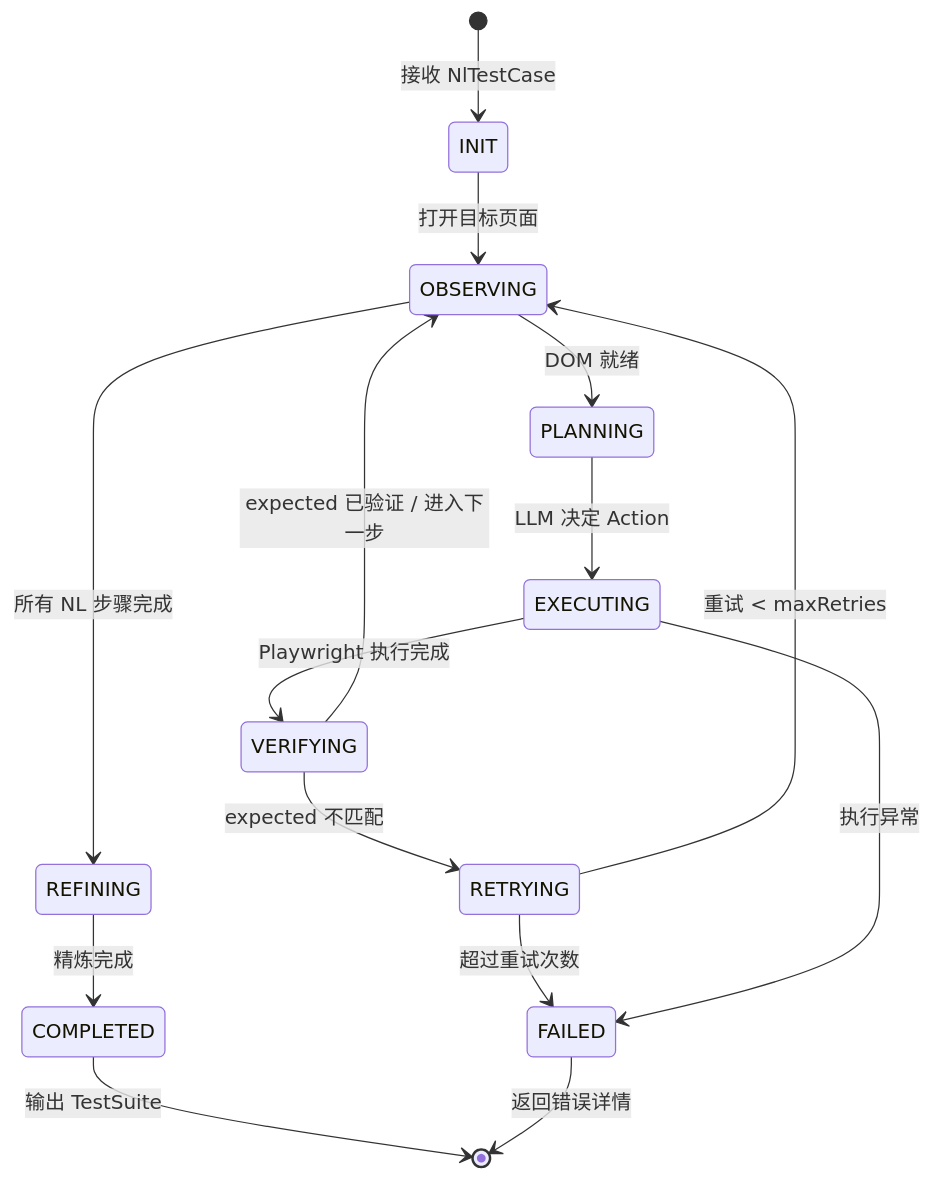
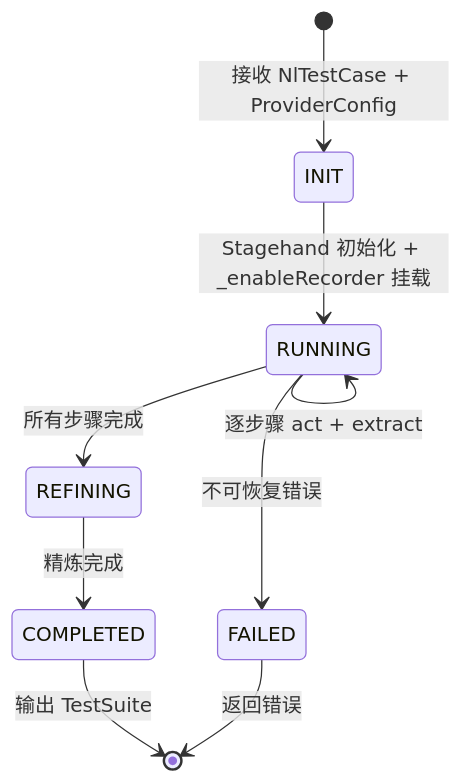
The second of 2 diagrams in docs/05-AIDrivenRecordingEngine.md (huangsx0213/e2e_test), drawn with Mermaid before and after one commit. The commit also changed other lines of this file and 4 other files, not shown here.

````diff
--- a/docs/05-AIDrivenRecordingEngine.md
+++ b/docs/05-AIDrivenRecordingEngine.md
@@ -119,20 +98,11 @@
 ```mermaid
 stateDiagram-v2
-    [*] --> INIT: 接收 NlTestCase
-
-    INIT --> OBSERVING: 打开目标页面
-    OBSERVING --> PLANNING: DOM 就绪
-    PLANNING --> EXECUTING: LLM 决定 Action
-    EXECUTING --> VERIFYING: Playwright 执行完成
-    VERIFYING --> OBSERVING: expected 已验证 / 进入下一步
-    VERIFYING --> RETRYING: expected 不匹配
-    RETRYING --> OBSERVING: 重试 < maxRetries
-    RETRYING --> FAILED: 超过重试次数
-
-    EXECUTING --> FAILED: 执行异常
-
-    OBSERVING --> REFINING: 所有 NL 步骤完成
+    [*] --> INIT: 接收 NlTestCase + ProviderConfig
+    INIT --> RUNNING: Stagehand 初始化 + _enableRecorder 挂载
+    RUNNING --> RUNNING: 逐步骤 act + extract
+    RUNNING --> REFINING: 所有步骤完成
+    RUNNING --> FAILED: 不可恢复错误
     REFINING --> COMPLETED: 精炼完成
     COMPLETED --> [*]: 输出 TestSuite
-    FAILED --> [*]: 返回错误详情
+    FAILED --> [*]: 返回错误
 ```
````
